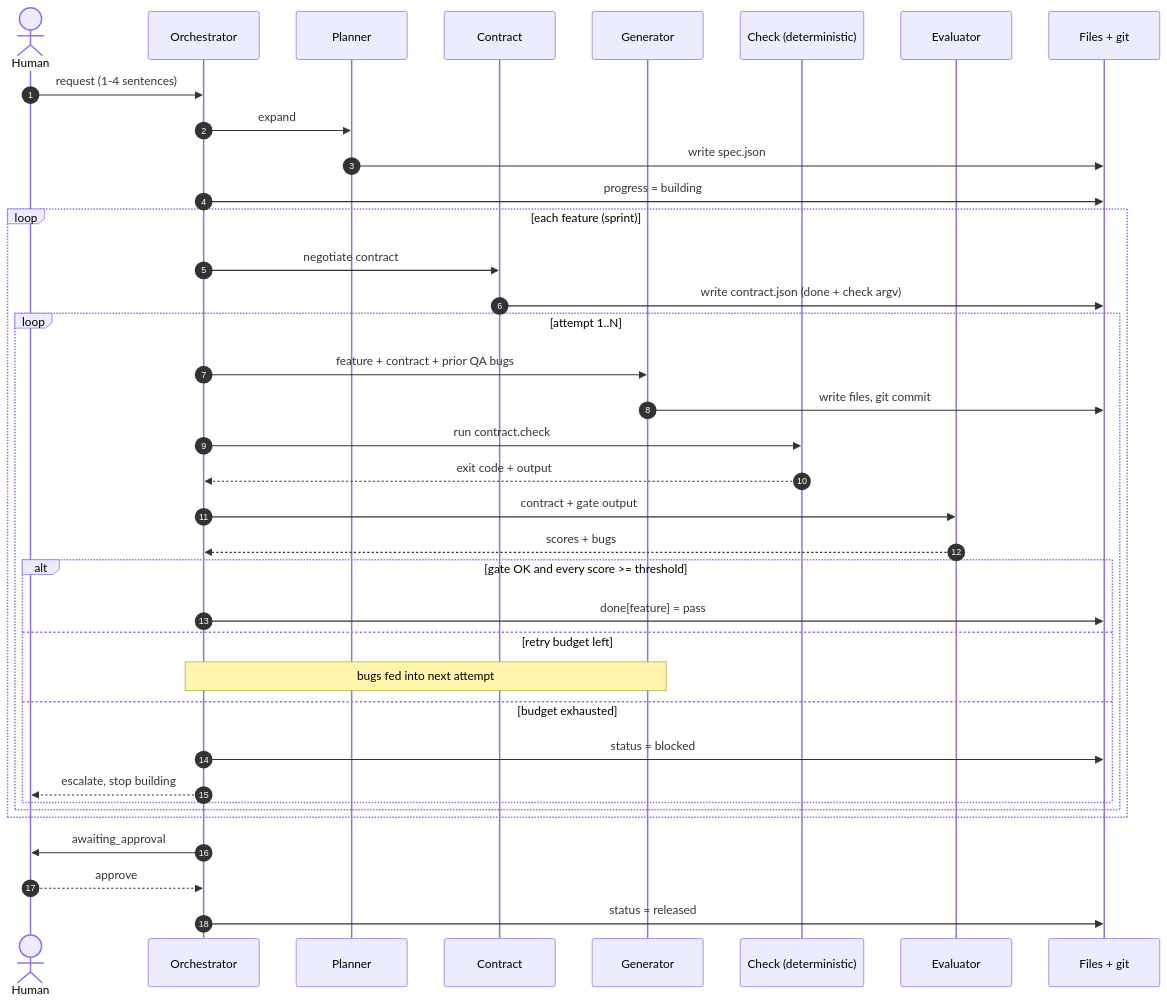
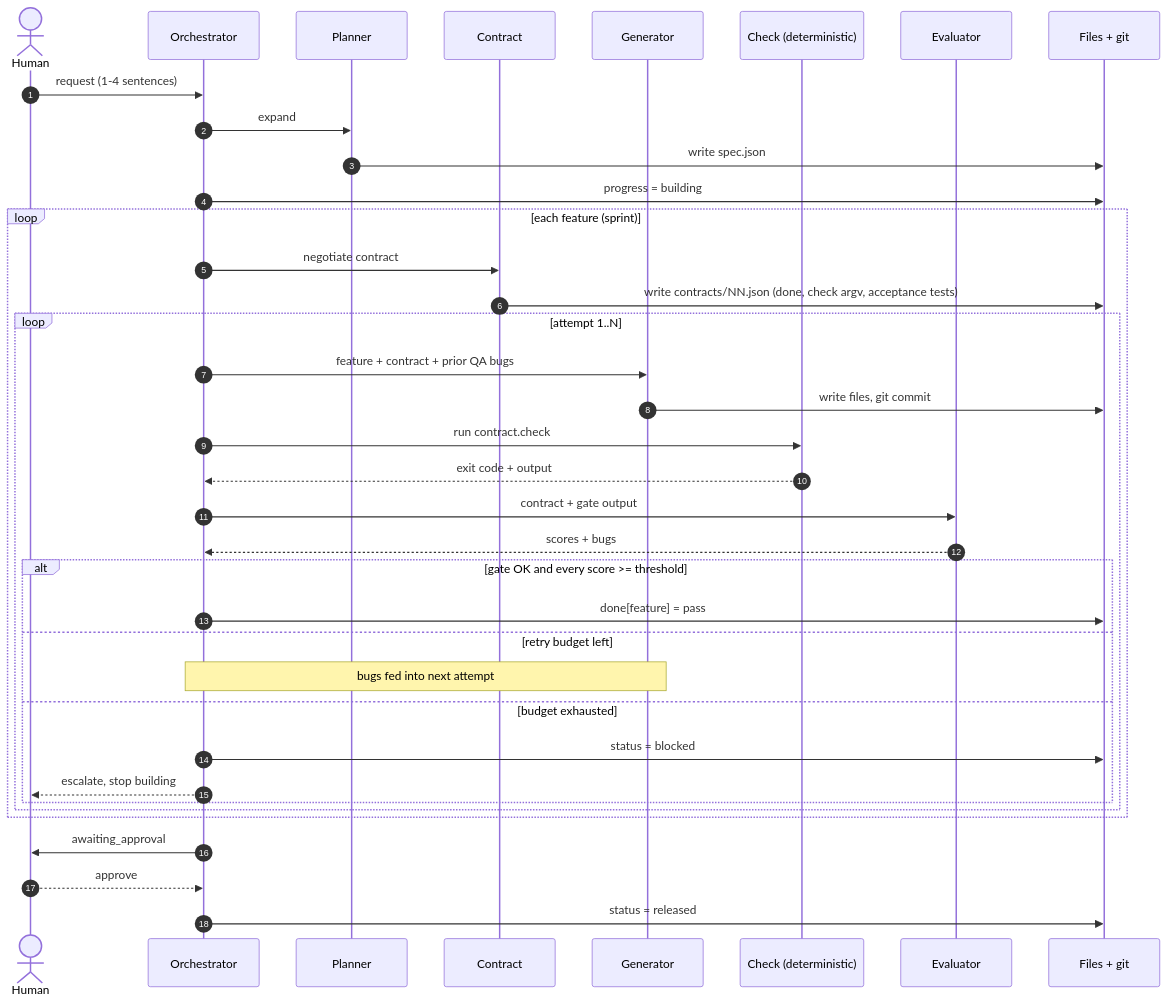
Before and after one commit to anandnarayanan2017/ai-assisted-sdlc: the second of 9 diagrams in docs/architecture.md, drawn with Mermaid. The commit also changed other lines of this file and 60 other files, not shown here.

````diff
--- a/docs/architecture.md
+++ b/docs/architecture.md
@@ -60,42 +60,42 @@
 ```mermaid
 sequenceDiagram
     autonumber
     actor H as Human
     participant O as Orchestrator
     participant P as Planner
     participant C as Contract
     participant G as Generator
     participant K as Check (deterministic)
     participant E as Evaluator
     participant S as Files + git
 
     H->>O: request (1-4 sentences)
     O->>P: expand
     P->>S: write spec.json
     O->>S: progress = building
 
     loop each feature (sprint)
         O->>C: negotiate contract
-        C->>S: write contract.json (done + check argv)
+        C->>S: write contracts/NN.json (done, check argv, acceptance tests)
         loop attempt 1..N
             O->>G: feature + contract + prior QA bugs
             G->>S: write files, git commit
             O->>K: run contract.check
             K-->>O: exit code + output
             O->>E: contract + gate output
             E-->>O: scores + bugs
             alt gate OK and every score >= threshold
                 O->>S: done[feature] = pass
             else retry budget left
                 Note over O,G: bugs fed into next attempt
             else budget exhausted
                 O->>S: status = blocked
                 O-->>H: escalate, stop building
             end
         end
     end
 
     O->>H: awaiting_approval
     H-->>O: approve
     O->>S: status = released
 ```
````
